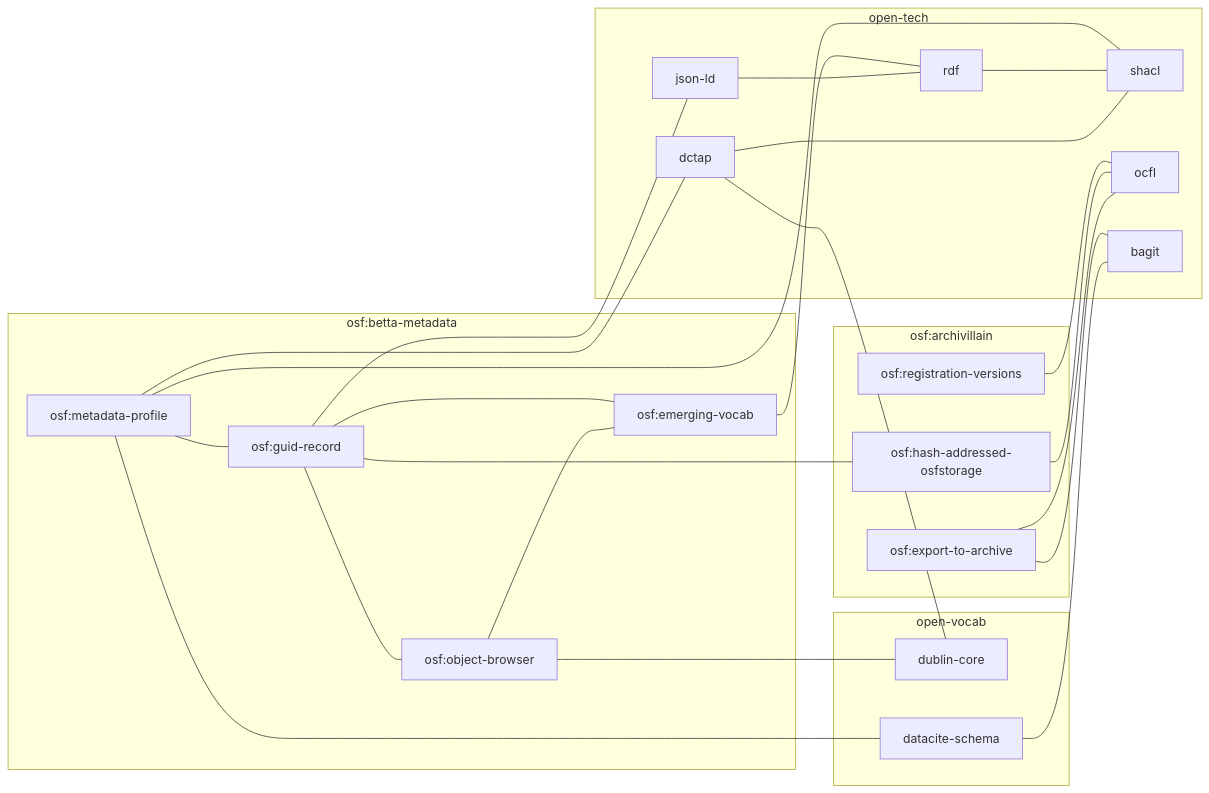
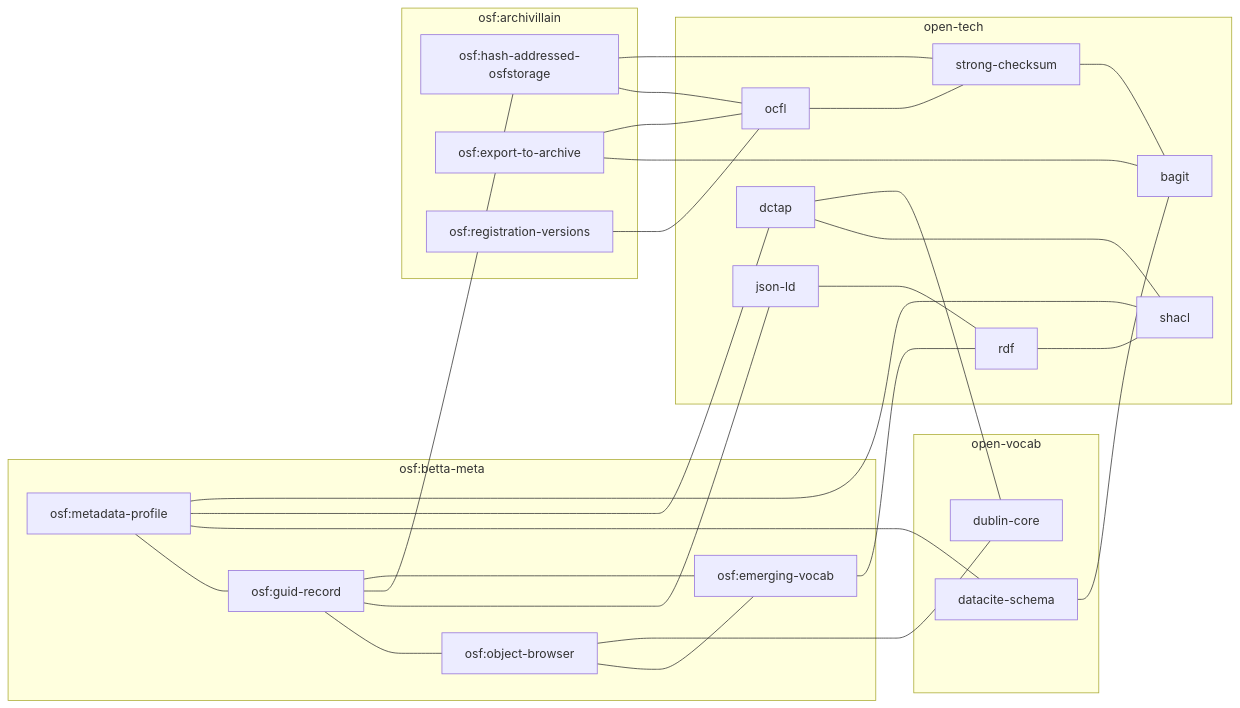
Before and after one commit to aaxelb/osf.io: the diagram in _quest.md, drawn with Mermaid. The commit also changed other lines of this file and 1 other file, not shown here.

Commit message:
content urn

````diff
--- a/_quest.md
+++ b/_quest.md
@@ -1,36 +7,36 @@
 ```mermaid
 graph LR;
     subgraph open-vocab
         dublin-core
         datacite-schema
     end
     subgraph open-tech
         dctap --- shacl
         json-ld --- rdf --- shacl
-        ocfl
-        bagit
+        ocfl --- strong-checksum --- bagit
     end
     dctap --- dublin-core
     datacite-schema --- bagit
 
-    subgraph osf:betta-metadata
+    subgraph osf:betta-meta
         osf:metadata-profile --- osf:guid-record --- osf:object-browser
         osf:object-browser --- osf:emerging-vocab --- osf:guid-record
     end
     subgraph osf:archivillain
         osf:hash-addressed-osfstorage
         osf:export-to-archive
         osf:registration-versions
     end
     osf:emerging-vocab --- rdf
     osf:export-to-archive --- bagit
     osf:export-to-archive --- ocfl
     osf:guid-record --- json-ld
     osf:guid-record --- osf:hash-addressed-osfstorage
     osf:hash-addressed-osfstorage --- ocfl
+    osf:hash-addressed-osfstorage --- strong-checksum
     osf:metadata-profile --- datacite-schema
     osf:metadata-profile --- dctap
     osf:metadata-profile --- shacl
     osf:object-browser --- dublin-core
     osf:registration-versions --- ocfl
 ```
````
